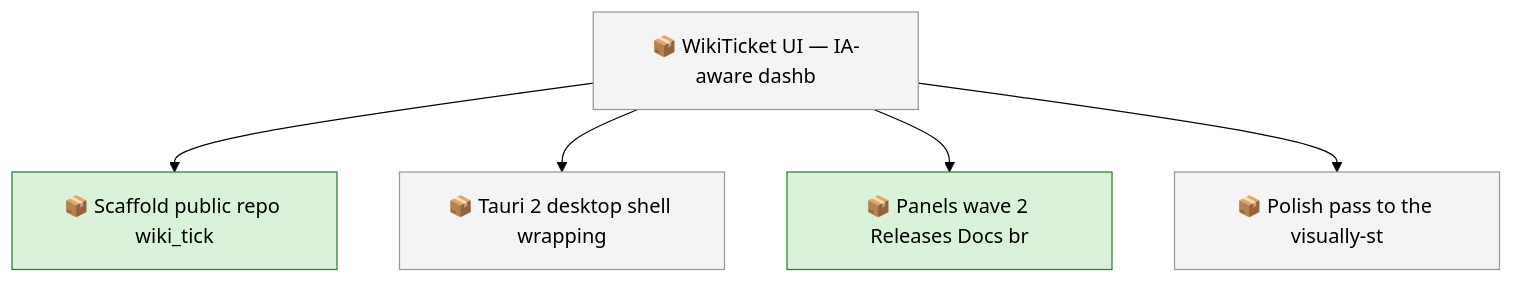
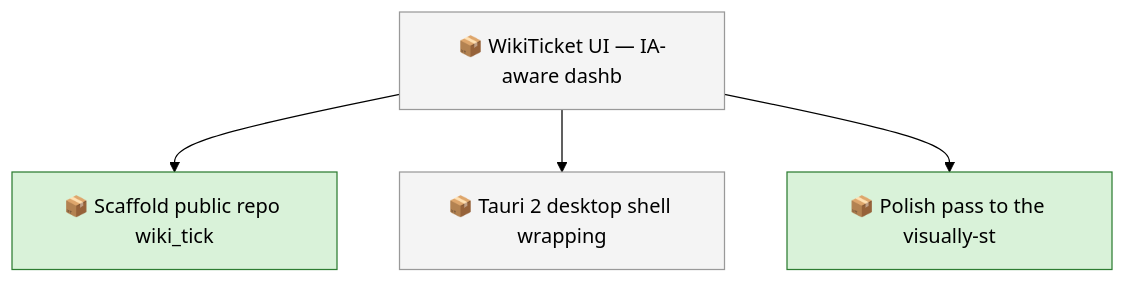
Before and after one commit to SpillwaveSolutions/wiki_ticket_sdd_ui: the first of 2 diagrams in docs/roadmap.md, drawn with Mermaid (forest theme). The commit also changed other lines of this file and 15 other files, not shown here.

First line of the commit message:
feat(web): panels wave 2 — Releases, Docs, PublishPlane, SyncHealth, Charts (#6)

````diff
--- a/docs/roadmap.md
+++ b/docs/roadmap.md
@@ -46,16 +45,14 @@
 ```mermaid
 graph TD
     01KY5ZZX8Y6N7E5YQYP4X1V7VA["📦 Scaffold public repo wiki_tick"]
     01KY5ZZX8YXD5YDJKQGJ3VCCHN["📦 WikiTicket UI — IA-aware dashb"]
     01KY5ZZX8Z46K7BCSPPFKN23JZ["📦 Tauri 2 desktop shell wrapping"]
-    01KY5ZZX8ZBF099JH8N2ZRJKKE["📦 Panels wave 2 Releases Docs br"]
     01KY5ZZX8ZYPXTMVCGX4AAZQSG["📦 Polish pass to the visually-st"]
     01KY5ZZX8YXD5YDJKQGJ3VCCHN --> 01KY5ZZX8Y6N7E5YQYP4X1V7VA
     01KY5ZZX8YXD5YDJKQGJ3VCCHN --> 01KY5ZZX8Z46K7BCSPPFKN23JZ
-    01KY5ZZX8YXD5YDJKQGJ3VCCHN --> 01KY5ZZX8ZBF099JH8N2ZRJKKE
     01KY5ZZX8YXD5YDJKQGJ3VCCHN --> 01KY5ZZX8ZYPXTMVCGX4AAZQSG
     classDef todo fill:#f4f4f4,stroke:#999999
-    class 01KY5ZZX8YXD5YDJKQGJ3VCCHN,01KY5ZZX8Z46K7BCSPPFKN23JZ,01KY5ZZX8ZYPXTMVCGX4AAZQSG todo
+    class 01KY5ZZX8YXD5YDJKQGJ3VCCHN,01KY5ZZX8Z46K7BCSPPFKN23JZ todo
     classDef in_progress fill:#d9f2d9,stroke:#2e7d32
-    class 01KY5ZZX8Y6N7E5YQYP4X1V7VA,01KY5ZZX8ZBF099JH8N2ZRJKKE in_progress
+    class 01KY5ZZX8Y6N7E5YQYP4X1V7VA,01KY5ZZX8ZYPXTMVCGX4AAZQSG in_progress
 ```
````
